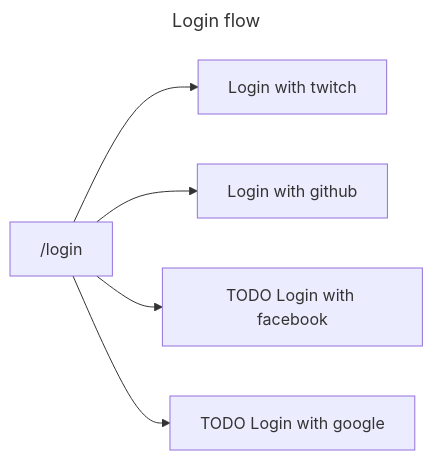
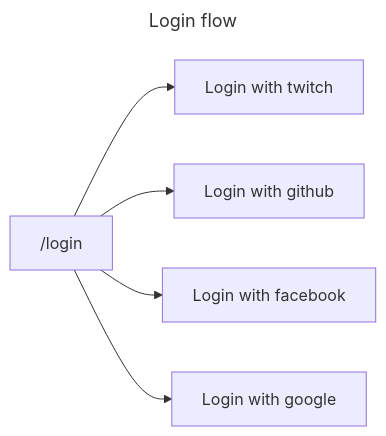
Before and after one commit to BurnySc2/monorepo: the diagram in fastapi_server/routes/README.md, drawn with Mermaid. The commit also changed 7 other files, not shown here.

Commit message:
Fix https://github.com/BurnySc2/monorepo/issues/50 add login with google

````diff
--- a/fastapi_server/routes/README.md
+++ b/fastapi_server/routes/README.md
@@ -2,10 +2,10 @@
 ```mermaid
 ---
 title: Login flow
 ---
 graph LR;
     A["/"login]-->B[Login with twitch];
     A-->C[Login with github];
-    A-->D[TODO Login with facebook];
-    A-->E[TODO Login with google];
+    A-->D[Login with facebook];
+    A-->E[Login with google];
 ```
````
